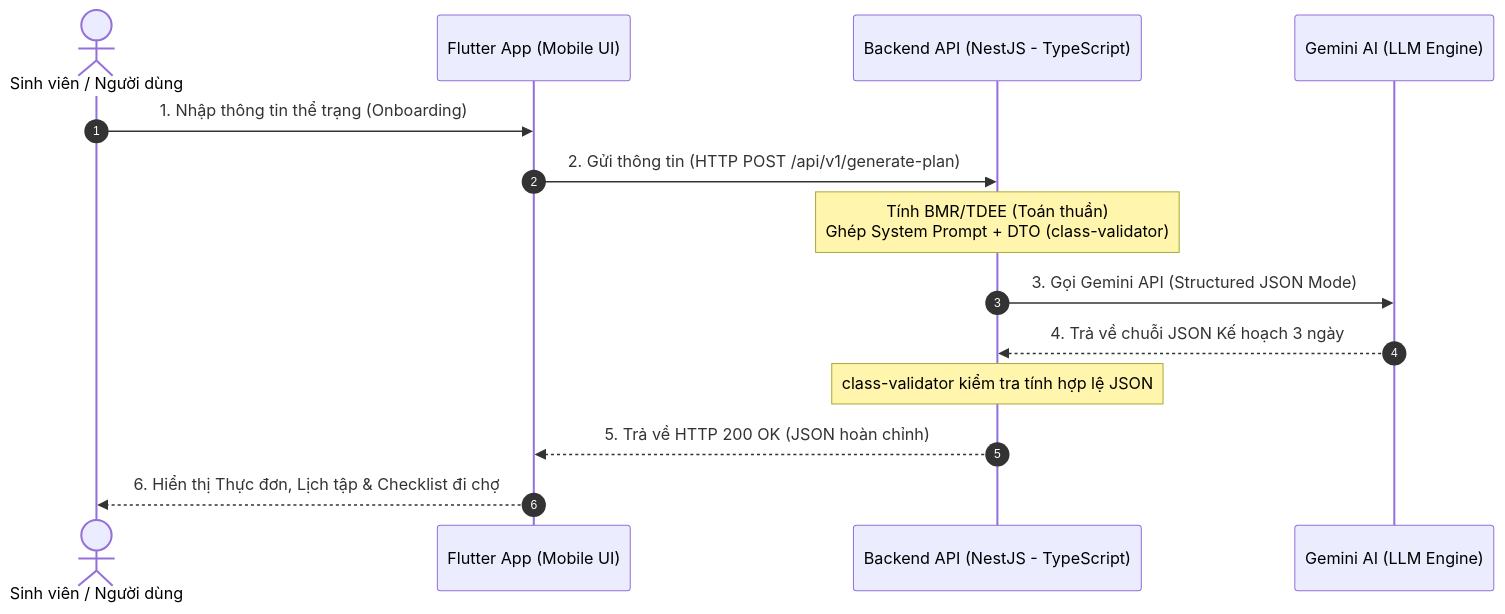
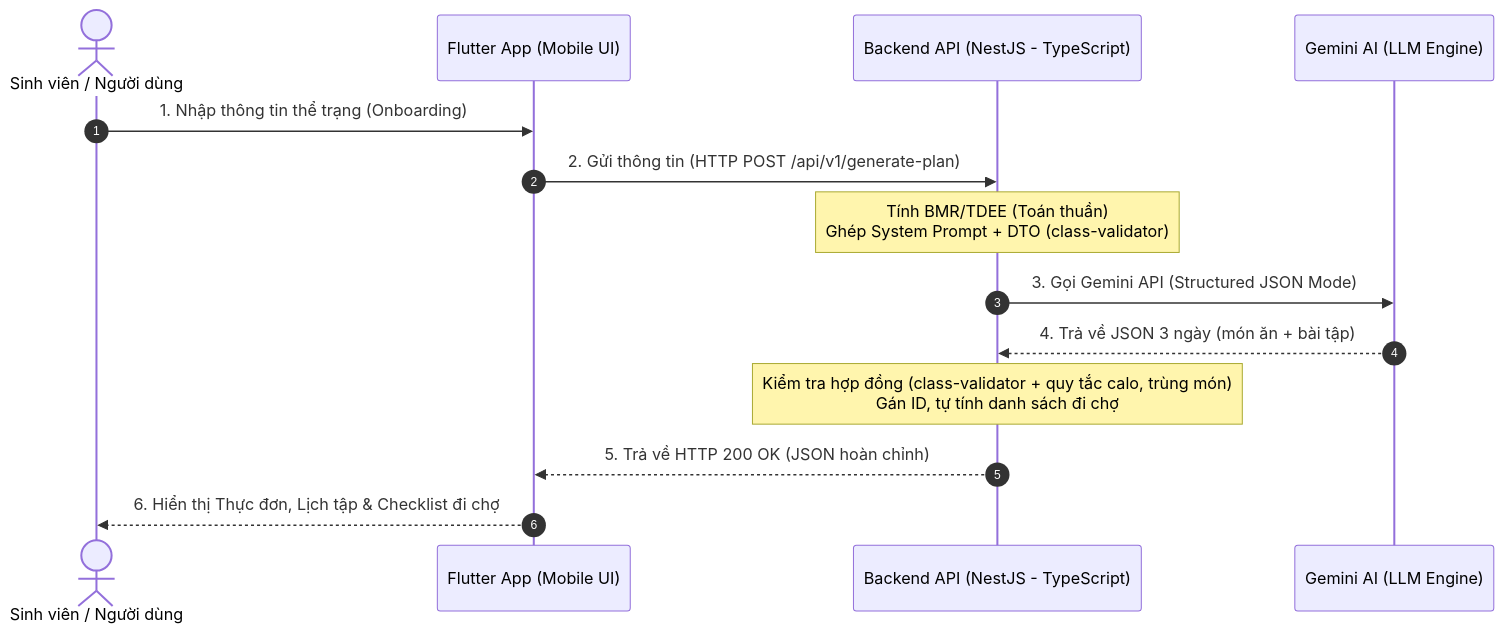
The first of 2 diagrams in BRD.md (AlenJason/AI-Product-Development-End-to-End), drawn with Mermaid before and after one commit. The commit also changed other lines of this file and 43 other files, not shown here.

````diff
--- a/BRD.md
+++ b/BRD.md
@@ -55,17 +55,17 @@
 ```mermaid
 sequenceDiagram
     autonumber
     actor User as Sinh viên / Người dùng
     participant Flutter as Flutter App (Mobile UI)
     participant NestJS as Backend API (NestJS - TypeScript)
     participant Gemini as Gemini AI (LLM Engine)
 
     User->>Flutter: 1. Nhập thông tin thể trạng (Onboarding)
     Flutter->>NestJS: 2. Gửi thông tin (HTTP POST /api/v1/generate-plan)
     Note over NestJS: Tính BMR/TDEE (Toán thuần)<br/>Ghép System Prompt + DTO (class-validator)
     NestJS->>Gemini: 3. Gọi Gemini API (Structured JSON Mode)
-    Gemini-->>NestJS: 4. Trả về chuỗi JSON Kế hoạch 3 ngày
-    Note over NestJS: class-validator kiểm tra tính hợp lệ JSON
+    Gemini-->>NestJS: 4. Trả về JSON 3 ngày (món ăn + bài tập)
+    Note over NestJS: Kiểm tra hợp đồng (class-validator + quy tắc calo, trùng món)<br/>Gán ID, tự tính danh sách đi chợ
     NestJS-->>Flutter: 5. Trả về HTTP 200 OK (JSON hoàn chỉnh)
     Flutter-->>User: 6. Hiển thị Thực đơn, Lịch tập & Checklist đi chợ
 ```
````
